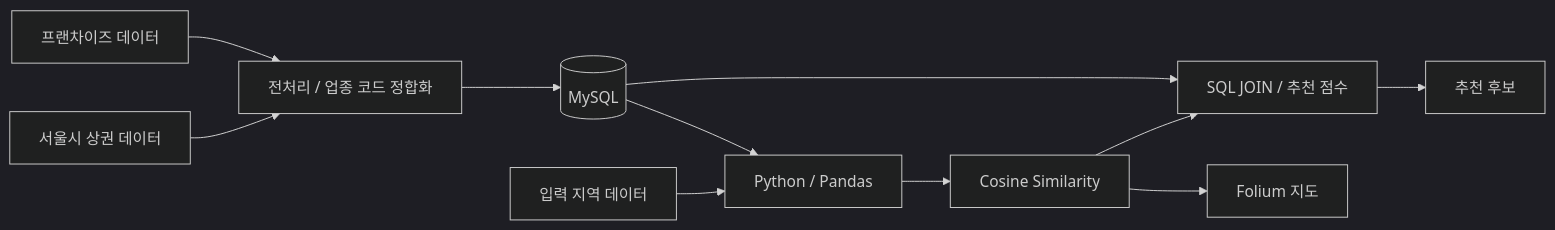
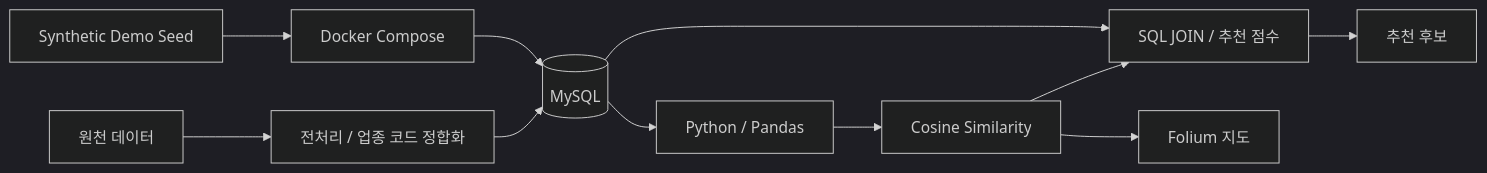
One commit to WJLee0417/Franchise_Recommendation_DB changed the first of 2 diagrams in README.md. Above: the diagram before and after it, drawn with Mermaid (dark theme). The commit also changed other lines of this file and 5 other files, not shown here.

Commit message:
Add reproducible Docker demo environment

````diff
--- a/README.md
+++ b/README.md
@@ -80,24 +85,24 @@
 ```mermaid
 flowchart LR
-    SEOUL["서울시 상권 데이터"]
-    FTC["프랜차이즈 데이터"]
+    RAW["원천 데이터"]
+    DEMO["Synthetic Demo Seed"]
     PREP["전처리 / 업종 코드 정합화"]
+    COMPOSE["Docker Compose"]
     MYSQL[("MySQL")]
-    INPUT["입력 지역 데이터"]
     PY["Python / Pandas"]
     SIM["Cosine Similarity"]
     SQL["SQL JOIN / 추천 점수"]
     MAP["Folium 지도"]
     RESULT["추천 후보"]
 
-    SEOUL --> PREP
-    FTC --> PREP
+    RAW --> PREP
     PREP --> MYSQL
-    INPUT --> PY
+    DEMO --> COMPOSE
+    COMPOSE --> MYSQL
     MYSQL --> PY
     PY --> SIM
     SIM --> SQL
     MYSQL --> SQL
     SIM --> MAP
     SQL --> RESULT
 ```
````
